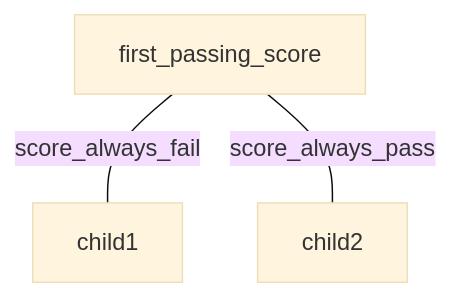
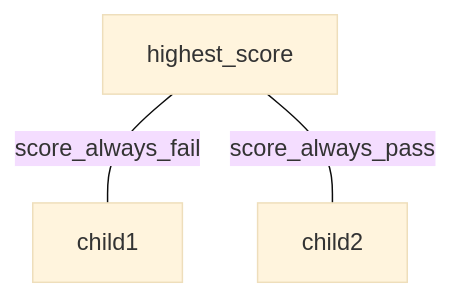
One commit to mrchantey/forky changed the second of 2 diagrams in docs/src/gamai/selectors.md. Above: the diagram before and after it, drawn with Mermaid (base theme). The commit also changed other lines of this file and 8 other files, not shown here.

Commit message:
feat: highest_score

````diff
--- a/docs/src/gamai/selectors.md
+++ b/docs/src/gamai/selectors.md
@@ -65,5 +65,5 @@
 ```mermaid
 graph TB;
-	first_passing_score -- score_always_fail --- child1;
-	first_passing_score -- score_always_pass --- child2;
+	highest_score -- score_always_fail --- child1;
+	highest_score -- score_always_pass --- child2;
 ```
````
